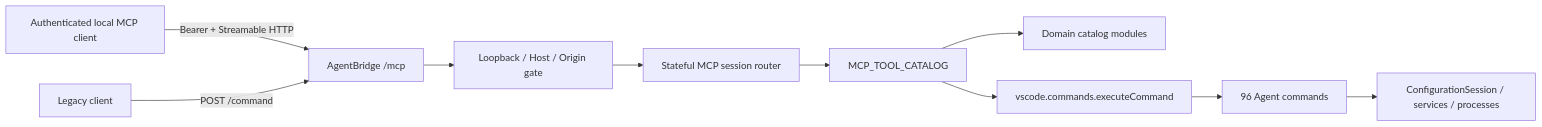
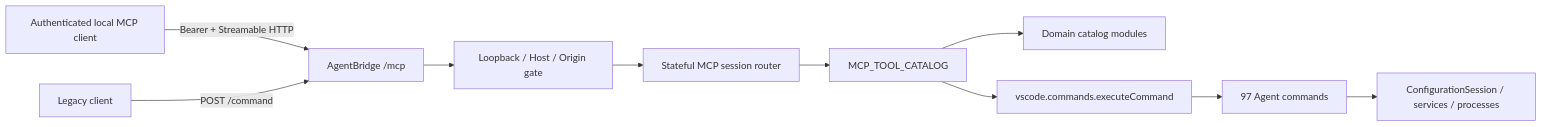
One commit to lekot/VScodePluginFor1CDev changed the diagram in docs/features/mcp-agent-adapter/design.md. Above: the diagram before and after it, drawn with Mermaid. The commit also changed other lines of this file and 96 other files, not shown here.

````diff
--- a/docs/features/mcp-agent-adapter/design.md
+++ b/docs/features/mcp-agent-adapter/design.md
@@ -25,12 +25,12 @@
 ```mermaid
 flowchart LR
     C["Authenticated local MCP client"] -->|"Bearer + Streamable HTTP"| B["AgentBridge /mcp"]
     L["Legacy client"] -->|"POST /command"| B
     B --> G["Loopback / Host / Origin gate"]
     G --> R["Stateful MCP session router"]
     R --> K["MCP_TOOL_CATALOG"]
     K --> D["Domain catalog modules"]
     K --> V["vscode.commands.executeCommand"]
-    V --> A["96 Agent commands"]
+    V --> A["97 Agent commands"]
     A --> Q["ConfigurationSession / services / processes"]
 ```
````
